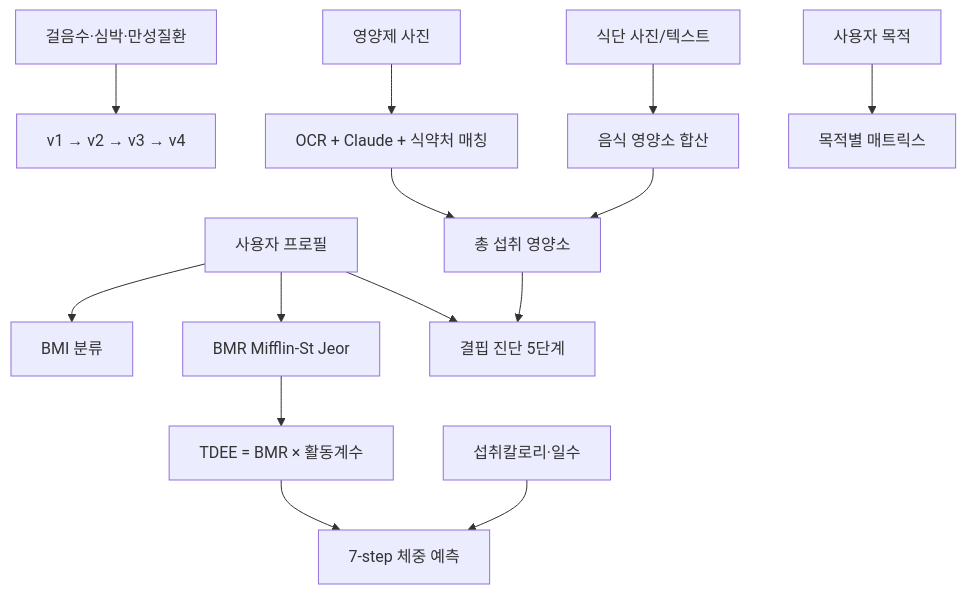
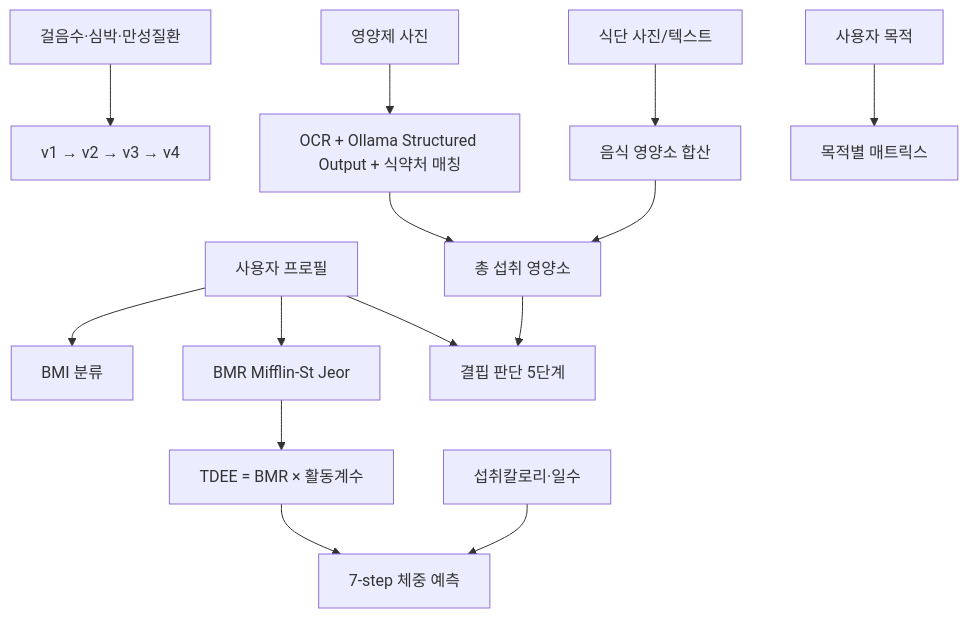
The fifth of 12 diagrams in 03_lemon_healthcare/PROJECT_GUIDE.md (Lemon-Aid-KDT/Lemon-sin), drawn with Mermaid before and after one commit. The commit also changed other lines of this file and 161 other files, not shown here.

````diff
--- a/03_lemon_healthcare/PROJECT_GUIDE.md
+++ b/03_lemon_healthcare/PROJECT_GUIDE.md
@@ -685,19 +854,19 @@
 ```mermaid
 flowchart TB
     P[사용자 프로필] --> BMI[BMI 분류]
     P --> BMR[BMR Mifflin-St Jeor]
     BMR --> TDEE[TDEE = BMR × 활동계수]
     INTAKE[섭취칼로리·일수] --> WP[7-step 체중 예측]
     TDEE --> WP
 
     STEP[걸음수·심박·만성질환] --> V[v1 → v2 → v3 → v4]
 
-    SUP[영양제 사진] --> OCR[OCR + Claude + 식약처 매칭]
+    SUP[영양제 사진] --> OCR[OCR + Ollama Structured Output + 식약처 매칭]
     MEAL[식단 사진/텍스트] --> NM[음식 영양소 합산]
     OCR --> SUM[총 섭취 영양소]
     NM --> SUM
-    SUM --> DEF[결핍 진단 5단계]
+    SUM --> DEF[결핍 판단 5단계]
     P --> DEF
 
     GOAL[사용자 목적] --> GM[목적별 매트릭스]
 ```
````
